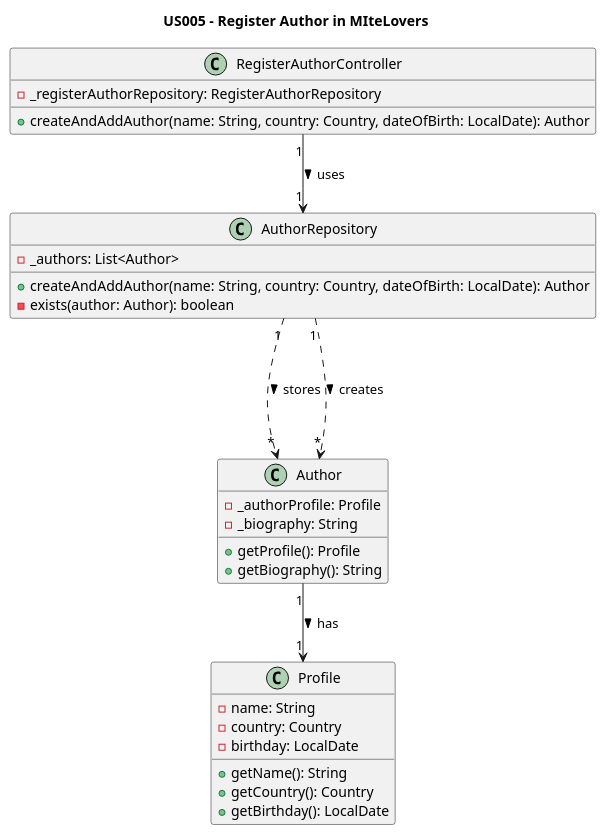
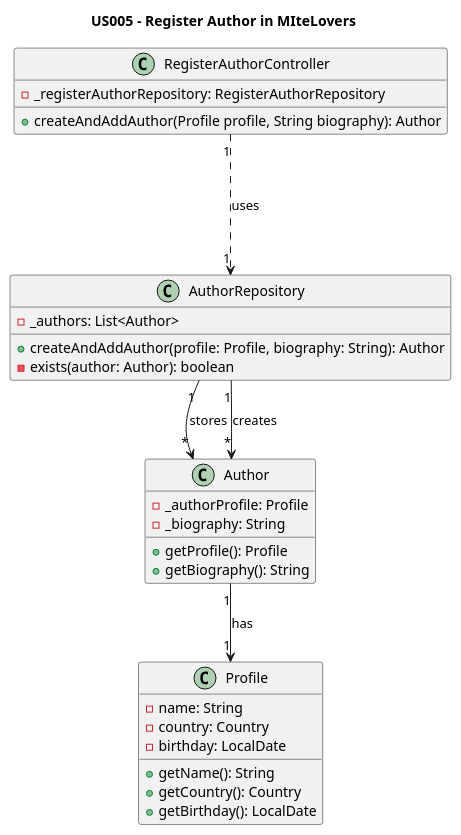
The diagram in Diagrams/ClassDiagrams/US005 - To register an Author in MiteLovers.puml (AndrePereiraGitH/SWitCH-Project-Team_A), drawn with PlantUML before and after one commit. The commit also changed 5 other files, not shown here.

```diff
--- a/Diagrams/ClassDiagrams/US005 - To register an Author in MiteLovers.puml
+++ b/Diagrams/ClassDiagrams/US005 - To register an Author in MiteLovers.puml
@@ -1,36 +1,36 @@
 @startuml
 title US005 - Register Author in MIteLovers
 
 class RegisterAuthorController {
   -_registerAuthorRepository: RegisterAuthorRepository
-  +createAndAddAuthor(name: String, country: Country, dateOfBirth: LocalDate): Author
+  +createAndAddAuthor(Profile profile, String biography): Author
 }
 
 class AuthorRepository {
   -_authors: List<Author>
-  +createAndAddAuthor(name: String, country: Country, dateOfBirth: LocalDate): Author
+  +createAndAddAuthor(profile: Profile, biography: String): Author
   -exists(author: Author): boolean
 }
 
 class Author {
   -_authorProfile: Profile
   -_biography: String
   +getProfile(): Profile
   +getBiography(): String
 }
 
 class Profile {
   -name: String
   -country: Country
   -birthday: LocalDate
   +getName(): String
   +getCountry(): Country
   +getBirthday(): LocalDate
 }
 
-RegisterAuthorController "1" --> "1" AuthorRepository : uses >
-AuthorRepository "1" -.-> "*" Author : stores >
-AuthorRepository "1" -.-> "*" Author : creates >
-Author "1" --> "1" Profile : has >
+RegisterAuthorController "1" -.-> "1" AuthorRepository : uses
+AuthorRepository "1" --> "*" Author : stores
+AuthorRepository "1" --> "*" Author : creates
+Author "1" --> "1" Profile : has
 
 @enduml
```
